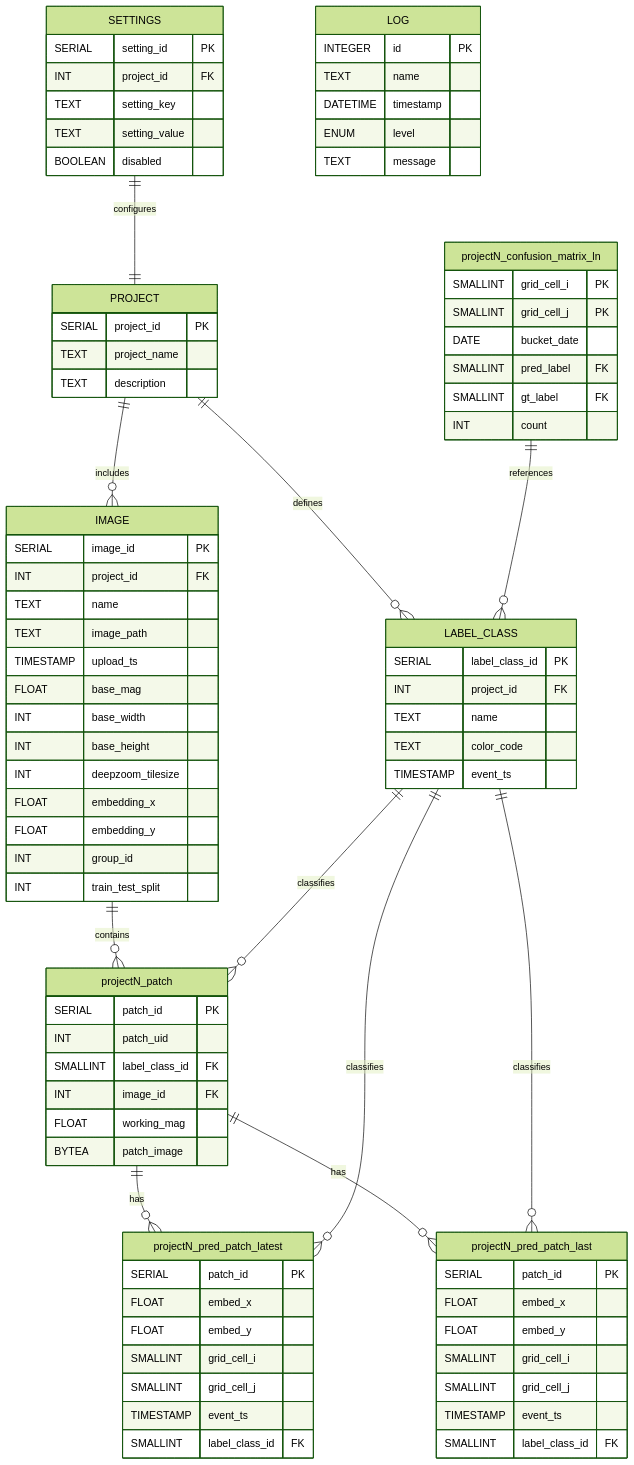
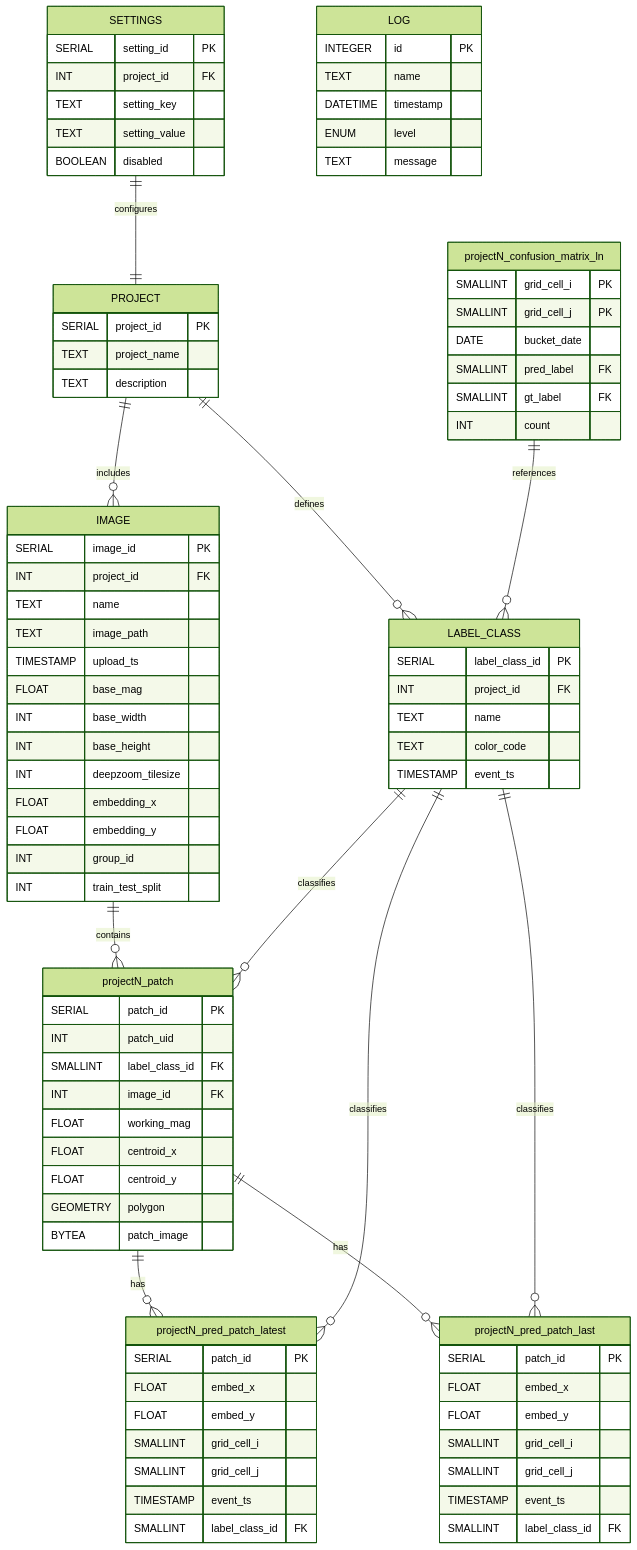
One commit to choosehappy/PatchSorter changed the diagram in docs/source/design_material_draft2/db_technical_design.md. Above: the diagram before and after it, drawn with Mermaid (forest theme). The commit also changed other lines of this file and 9 other files, not shown here.

Commit message:
- added postgis extension to citus container - refactored db schema (added polygon and centroid coordinates to each patch record) - added patch extraction method for image-geojson pair

```diff
--- a/docs/source/design_material_draft2/db_technical_design.md
+++ b/docs/source/design_material_draft2/db_technical_design.md
@@ -222,6 +227,9 @@
         SMALLINT label_class_id FK
         INT image_id FK
         FLOAT working_mag
+        FLOAT centroid_x
+        FLOAT centroid_y
+        GEOMETRY polygon
         BYTEA patch_image
     }
     projectN_pred_patch_latest {
```
